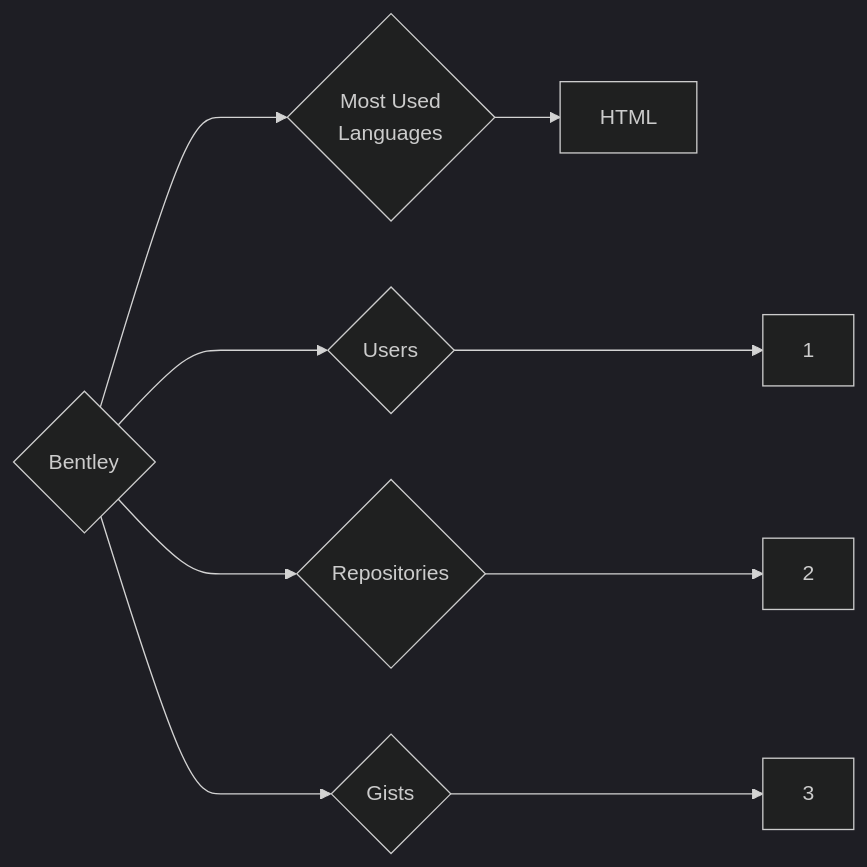
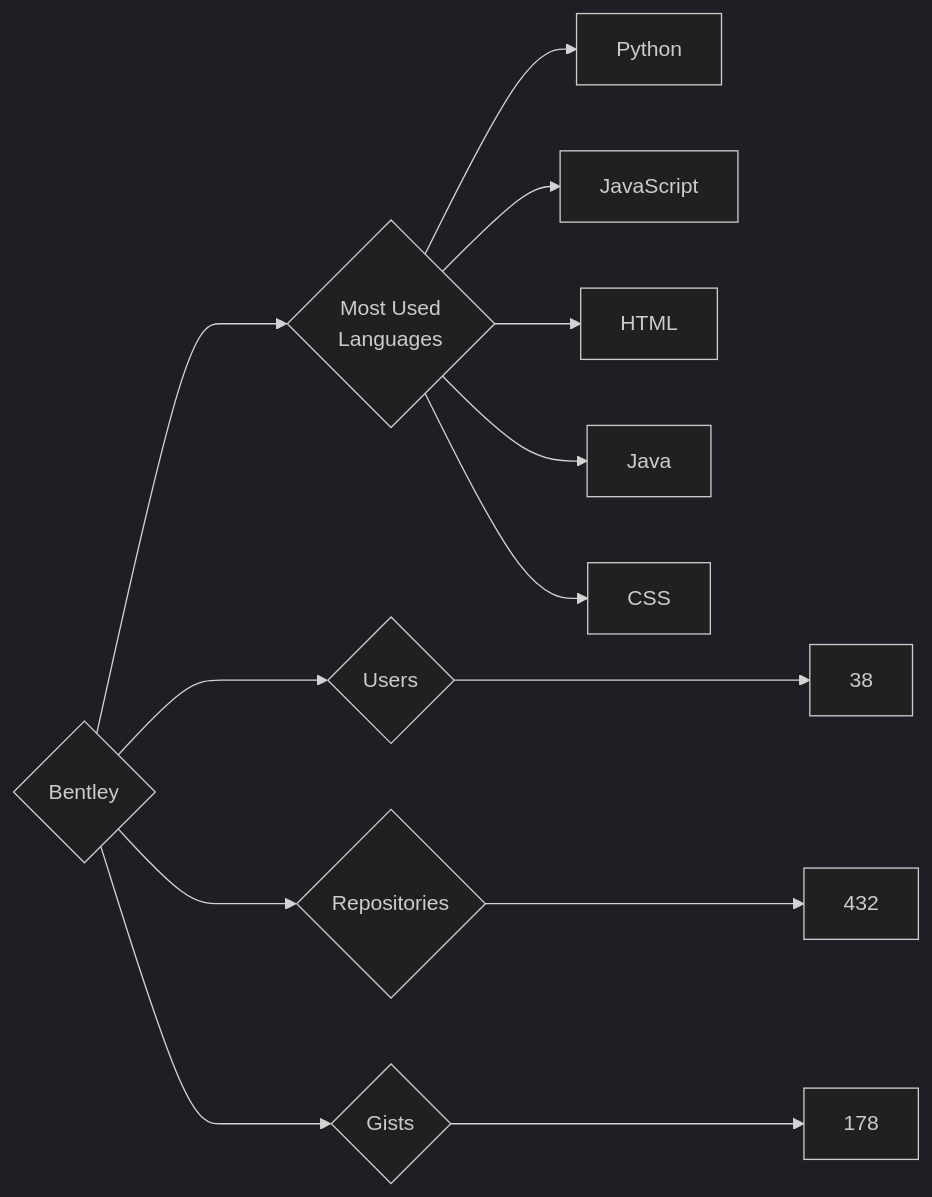
The diagram in targets/Bentley/README.md (trickest/insiders), drawn with Mermaid (dark theme) before and after one commit. The commit also changed 951 other files, not shown here.

````diff
--- a/targets/Bentley/README.md
+++ b/targets/Bentley/README.md
@@ -3,9 +3,13 @@
 ```mermaid
 graph LR
 COMPANY_NAME{Bentley}
-COMPANY_NAME ---> U{Users} ---> UN[1]
-COMPANY_NAME ---> R{Repositories} ---> RN[2]
-COMPANY_NAME ---> G{Gists} ---> GN[3]
+COMPANY_NAME ---> U{Users} ---> UN[38]
+COMPANY_NAME ---> R{Repositories} ---> RN[432]
+COMPANY_NAME ---> G{Gists} ---> GN[178]
 COMPANY_NAME ---> ML{Most Used<br>Languages}
+ML --> Python[Python]
+ML --> JavaScript[JavaScript]
 ML --> HTML[HTML]
+ML --> Java[Java]
+ML --> CSS[CSS]
 ```
````
